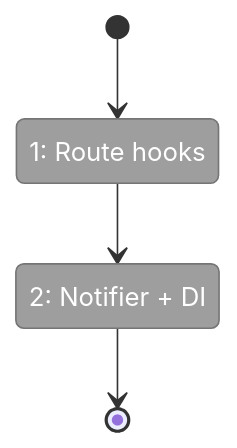
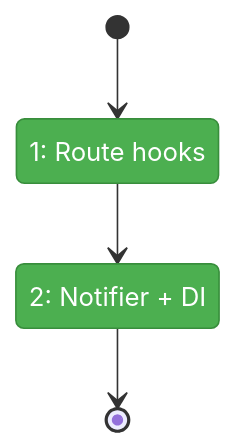
One commit to AI-Substrate/chainglass changed the first of 2 diagrams in docs/plans/059-fix-agents/fixes/FX001-wire-agent-workunit-registration.fltplan.md. Above: the diagram before and after it, drawn with Mermaid. The commit also changed other lines of this file and 17 other files, not shown here.

````diff
--- a/docs/plans/059-fix-agents/fixes/FX001-wire-agent-workunit-registration.fltplan.md
+++ b/docs/plans/059-fix-agents/fixes/FX001-wire-agent-workunit-registration.fltplan.md
@@ -27,16 +27,16 @@
 ```mermaid
 stateDiagram-v2
     classDef pending fill:#9E9E9E,stroke:#757575,color:#fff
     classDef active fill:#FFC107,stroke:#FFA000,color:#000
     classDef done fill:#4CAF50,stroke:#388E3C,color:#fff
     classDef blocked fill:#F44336,stroke:#D32F2F,color:#fff
 
     state "1: Route hooks" as S1
     state "2: Notifier + DI" as S2
 
     [*] --> S1
     S1 --> S2
     S2 --> [*]
 
-    class S1,S2 pending
+    class S1,S2 done
 ```
````
